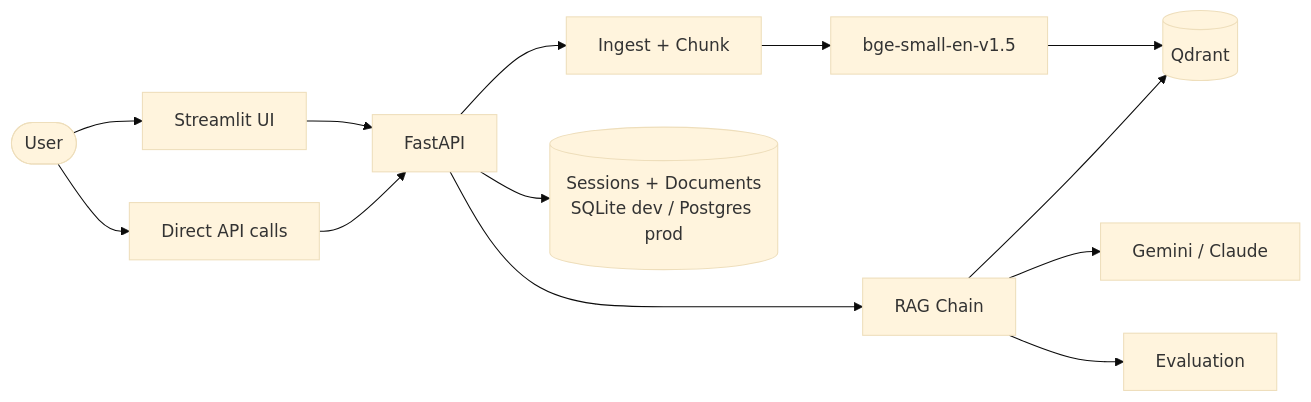
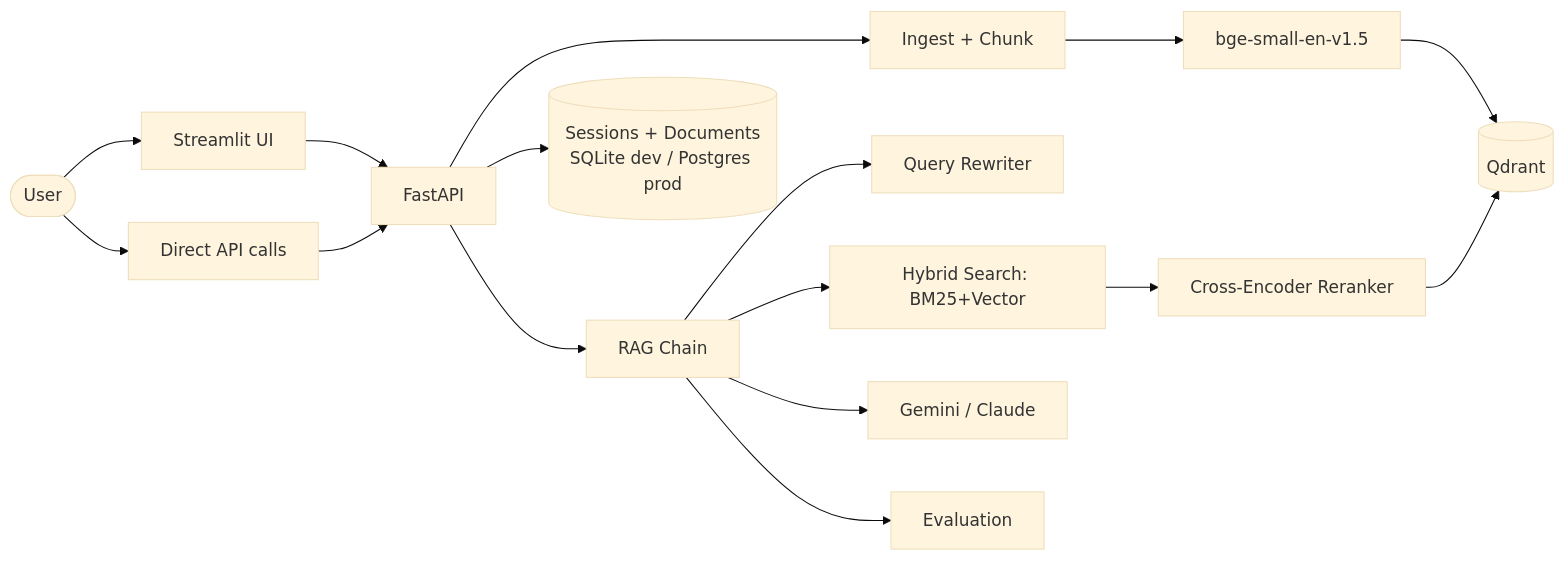
One commit to vishnu0529/enterprise-rag-assistant changed the diagram in README.md. Above: the diagram before and after it, drawn with Mermaid (base theme). The commit also changed other lines of this file, not shown here.

First line of the commit message:
Update README for Phase 2: advanced RAG, test count, roadmap link

````diff
--- a/README.md
+++ b/README.md
@@ -44,15 +45,18 @@
 ```mermaid
 flowchart LR
     U([User]) --> UI[Streamlit UI]
     U --> API_direct[Direct API calls]
     UI --> API[FastAPI]
     API_direct --> API
     API --> Ingest[Ingest + Chunk]
     Ingest --> Embed[bge-small-en-v1.5]
     Embed --> Qdrant[(Qdrant)]
     API --> RAG[RAG Chain]
-    RAG --> Qdrant
+    RAG --> Rewrite[Query Rewriter]
+    RAG --> Hybrid[Hybrid Search: BM25+Vector]
+    Hybrid --> Rerank[Cross-Encoder Reranker]
+    Rerank --> Qdrant
     RAG --> LLM[Gemini / Claude]
     RAG --> Eval[Evaluation]
     API --> DB[(Sessions + Documents<br/>SQLite dev / Postgres prod)]
 ```
````
